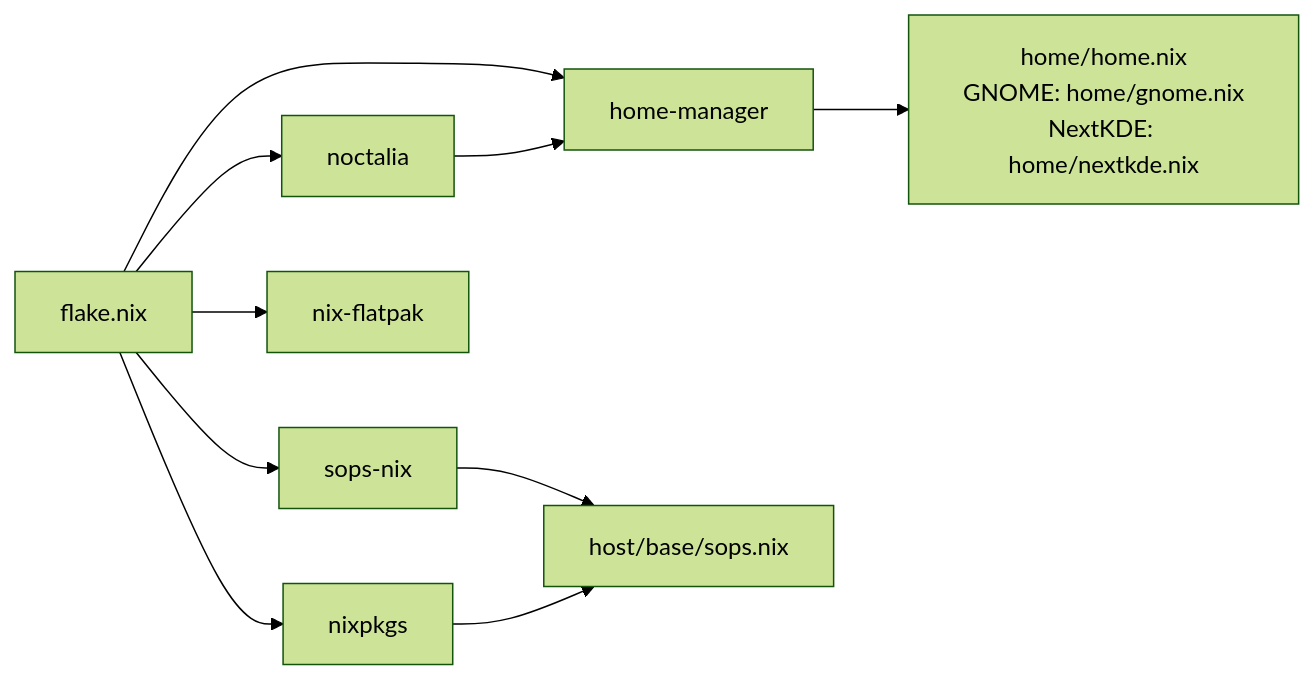
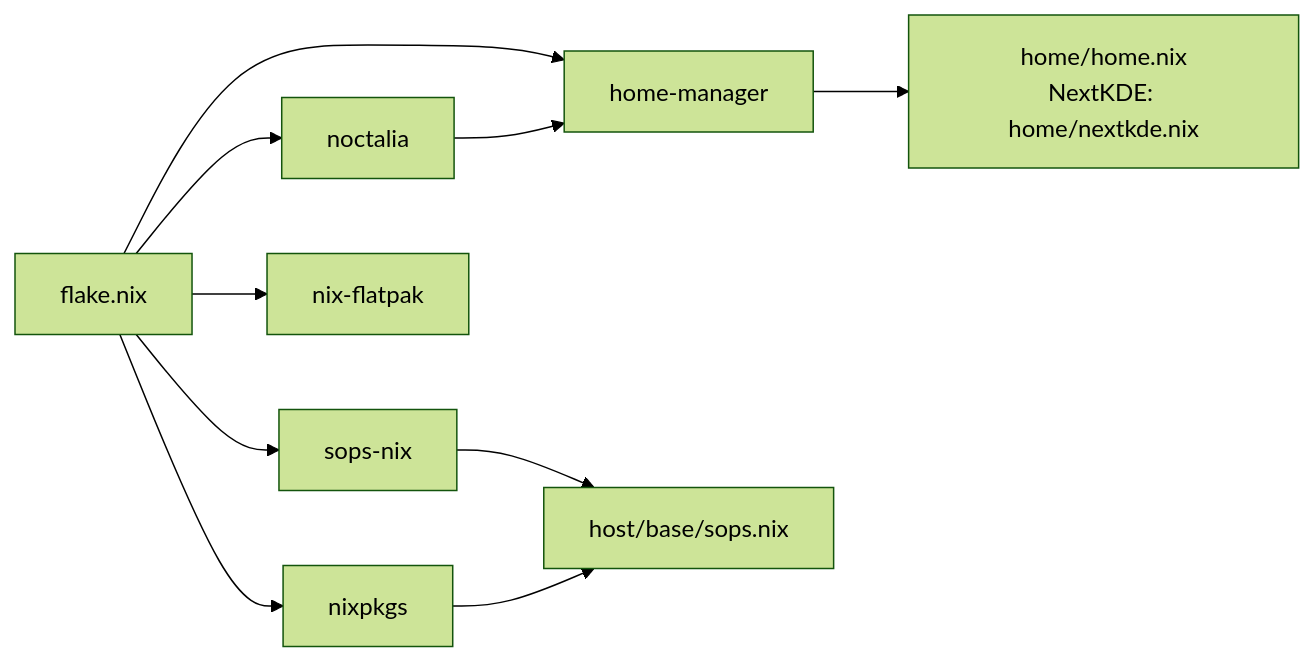
The third of 3 diagrams in wiki/architecture/index.md (Shangshui0302/myNixOSConfig), drawn with Mermaid (forest theme) before and after one commit. The commit also changed other lines of this file and 57 other files, not shown here.

````diff
--- a/wiki/architecture/index.md
+++ b/wiki/architecture/index.md
@@ -118,12 +112,12 @@
 ```mermaid
 graph LR
 FL["flake.nix"] --> HM["home-manager"]
 FL --> NC["noctalia"]
 FL --> SN["sops-nix"]
 FL --> NF["nix-flatpak"]
 FL --> NP["nixpkgs"]
-HM --> HOME["home/home.nix<br/>GNOME: home/gnome.nix<br/>NextKDE: home/nextkde.nix"]
+HM --> HOME["home/home.nix<br/>NextKDE: home/nextkde.nix"]
 SN --> HOST["host/base/sops.nix"]
 NC --> HM
 NP --> HOST
 ```
````
